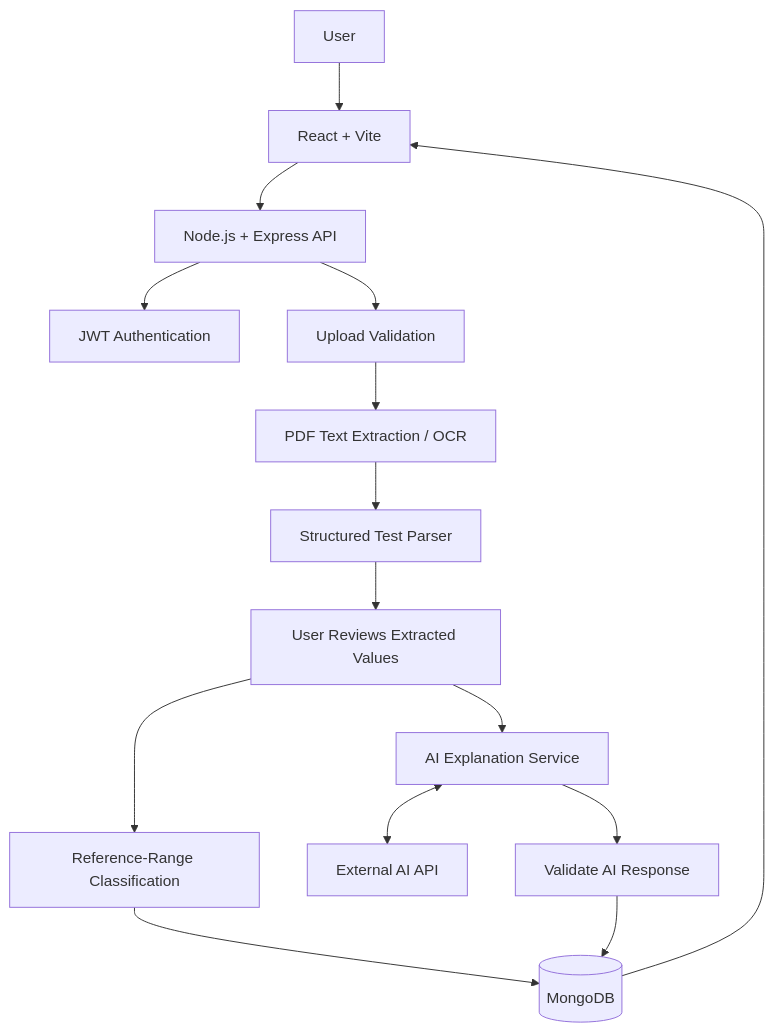
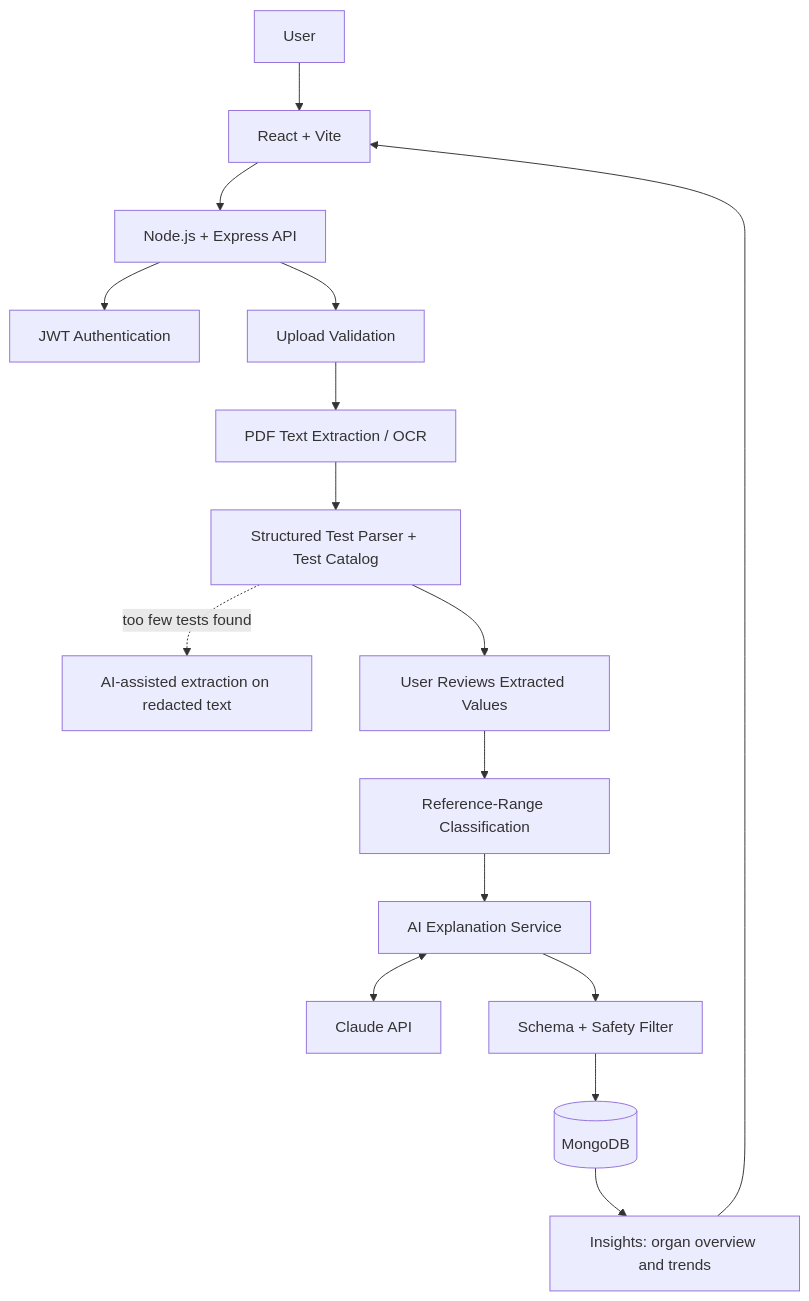
The first of 2 diagrams in docs/README.md (kritikayadav06/AI-Health-Report-Translator), drawn with Mermaid before and after one commit. The commit also changed other lines of this file, not shown here.

````diff
--- a/docs/README.md
+++ b/docs/README.md
@@ -50,17 +52,18 @@
 ```mermaid
 flowchart TD
     U[User] --> FE[React + Vite]
     FE --> API[Node.js + Express API]
     API --> AUTH[JWT Authentication]
     API --> UP[Upload Validation]
     UP --> EXT[PDF Text Extraction / OCR]
-    EXT --> PARSE[Structured Test Parser]
+    EXT --> PARSE[Structured Test Parser + Test Catalog]
+    PARSE -. too few tests found .-> AIX[AI-assisted extraction on redacted text]
     PARSE --> REVIEW[User Reviews Extracted Values]
     REVIEW --> RULES[Reference-Range Classification]
-    REVIEW --> AI[AI Explanation Service]
-    AI <--> LLM[External AI API]
-    AI --> VALIDATE[Validate AI Response]
-    RULES --> DB[(MongoDB)]
-    VALIDATE --> DB
-    DB --> FE
+    RULES --> AI[AI Explanation Service]
+    AI <--> LLM[Claude API]
+    AI --> VALIDATE[Schema + Safety Filter]
+    VALIDATE --> DB[(MongoDB)]
+    DB --> INS[Insights: organ overview and trends]
+    INS --> FE
 ```
````
